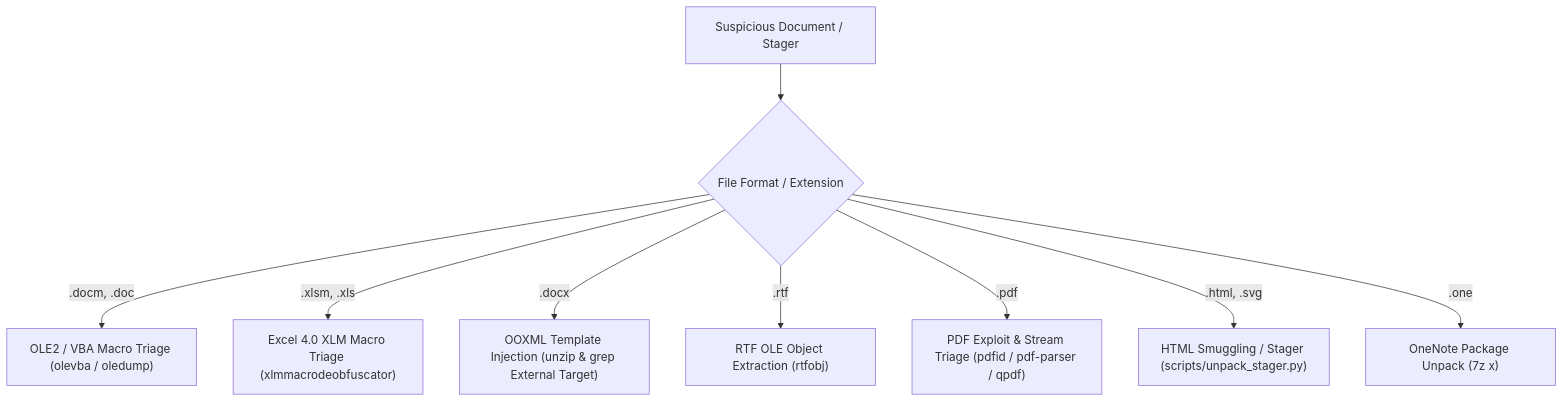
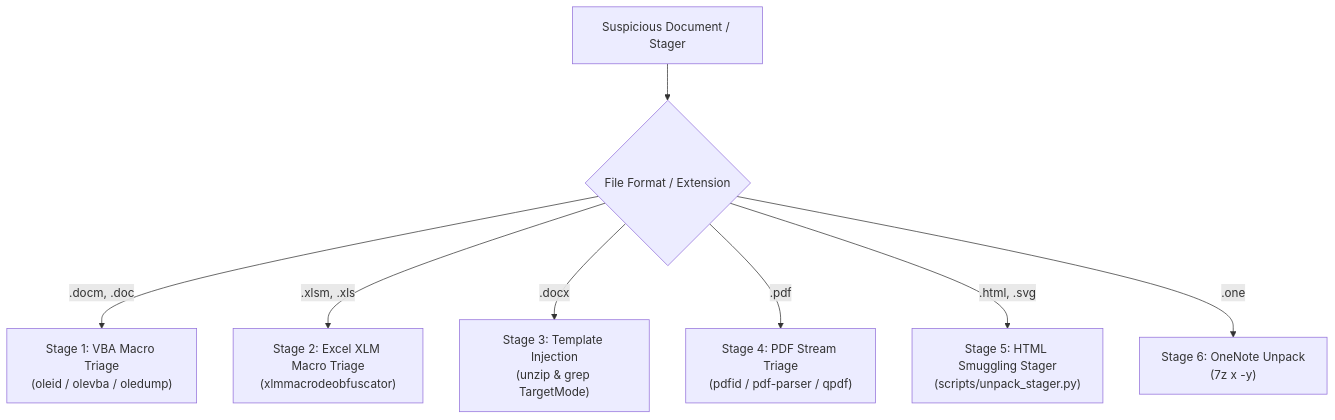
Before and after one commit to skygrip/dotfiles: the diagram in pi-agent/Pi_Config/agent/skills/doc-malware-triage/SKILL.md, drawn with Mermaid. The commit also changed other lines of this file and 23 other files, not shown here.

````diff
--- a/pi-agent/Pi_Config/agent/skills/doc-malware-triage/SKILL.md
+++ b/pi-agent/Pi_Config/agent/skills/doc-malware-triage/SKILL.md
@@ -40,11 +26,10 @@
 ```mermaid
 flowchart TD
     DOC["Suspicious Document / Stager"] --> T1{"File Format / Extension"}
-    T1 -->|".docm, .doc"| M1["OLE2 / VBA Macro Triage (olevba / oledump)"]
-    T1 -->|".xlsm, .xls"| M2["Excel 4.0 XLM Macro Triage (xlmmacrodeobfuscator)"]
-    T1 -->|".docx"| M3["OOXML Template Injection (unzip & grep External Target)"]
-    T1 -->|".rtf"| M4["RTF OLE Object Extraction (rtfobj)"]
-    T1 -->|".pdf"| M5["PDF Exploit & Stream Triage (pdfid / pdf-parser / qpdf)"]
-    T1 -->|".html, .svg"| M6["HTML Smuggling / Stager (scripts/unpack_stager.py)"]
-    T1 -->|".one"| M7["OneNote Package Unpack (7z x)"]
+    T1 -->|".docm, .doc"| S1["Stage 1: VBA Macro Triage<br/>(oleid / olevba / oledump)"]
+    T1 -->|".xlsm, .xls"| S2["Stage 2: Excel XLM Macro Triage<br/>(xlmmacrodeobfuscator)"]
+    T1 -->|".docx"| S3["Stage 3: Template Injection<br/>(unzip & grep TargetMode)"]
+    T1 -->|".pdf"| S4["Stage 4: PDF Stream Triage<br/>(pdfid / pdf-parser / qpdf)"]
+    T1 -->|".html, .svg"| S5["Stage 5: HTML Smuggling Stager<br/>(scripts/unpack_stager.py)"]
+    T1 -->|".one"| S6["Stage 6: OneNote Unpack<br/>(7z x -y)"]
 ```
````
